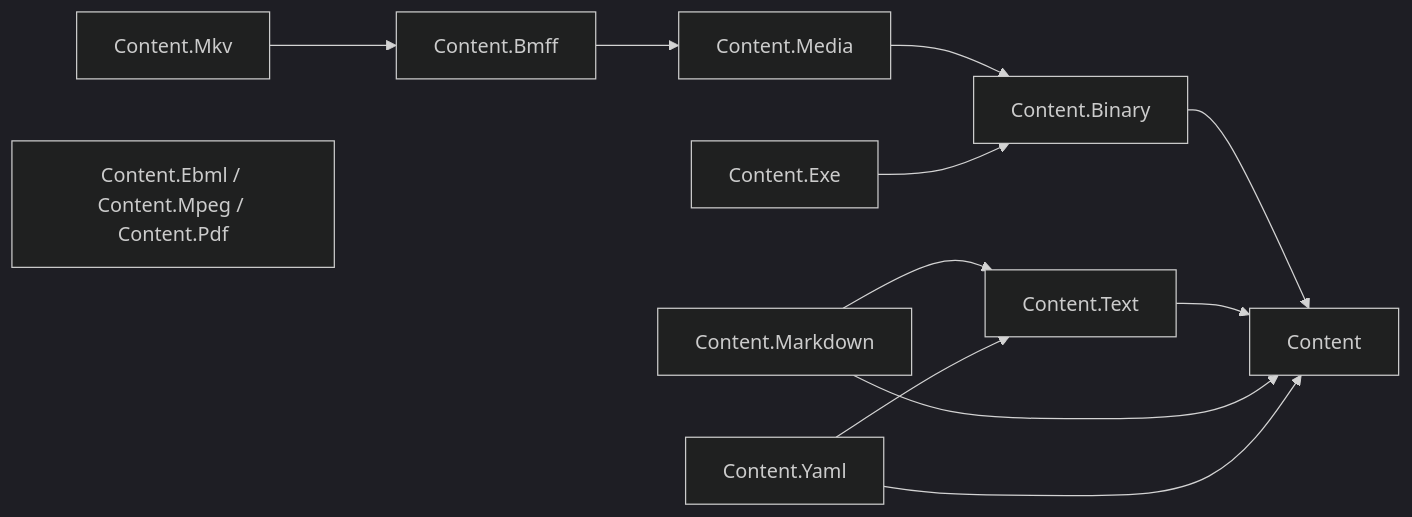
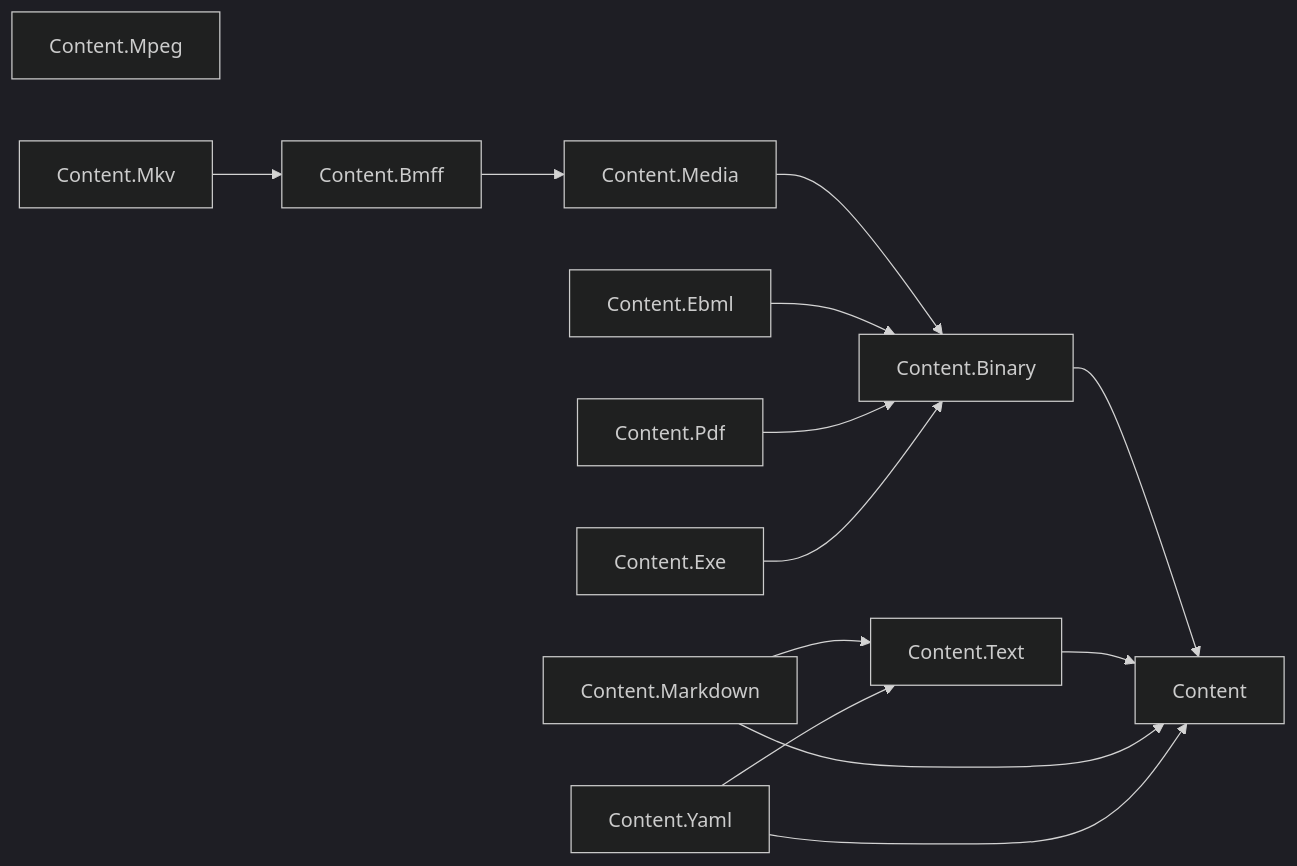
One commit to assimalign/cohesion changed the diagram in libraries/Content/README.md. Above: the diagram before and after it, drawn with Mermaid (dark theme). The commit also changed other lines of this file and 1 other file, not shown here.

First line of the commit message:
docs(content): refresh the area README map and log the s3-media integration

````diff
--- a/libraries/Content/README.md
+++ b/libraries/Content/README.md
@@ -13,23 +13,27 @@
 ```mermaid
 flowchart LR
     Root["Content"]
     Binary["Content.Binary"]
     Text["Content.Text"]
     Media["Content.Media"]
     Bmff["Content.Bmff"]
+    Mpeg["Content.Mpeg"]
+    Ebml["Content.Ebml"]
     Mkv["Content.Mkv"]
+    Pdf["Content.Pdf"]
     Exe["Content.Exe"]
     Markdown["Content.Markdown"]
     Yaml["Content.Yaml"]
-    Standalone["Content.Ebml / Content.Mpeg / Content.Pdf"]
     Binary --> Root
     Text --> Root
     Media --> Binary
     Bmff --> Media
+    Ebml --> Binary
+    Pdf --> Binary
+    Exe --> Binary
     Mkv --> Bmff
-    Exe --> Binary
     Markdown --> Root
     Markdown --> Text
     Yaml --> Root
     Yaml --> Text
 ```
````
